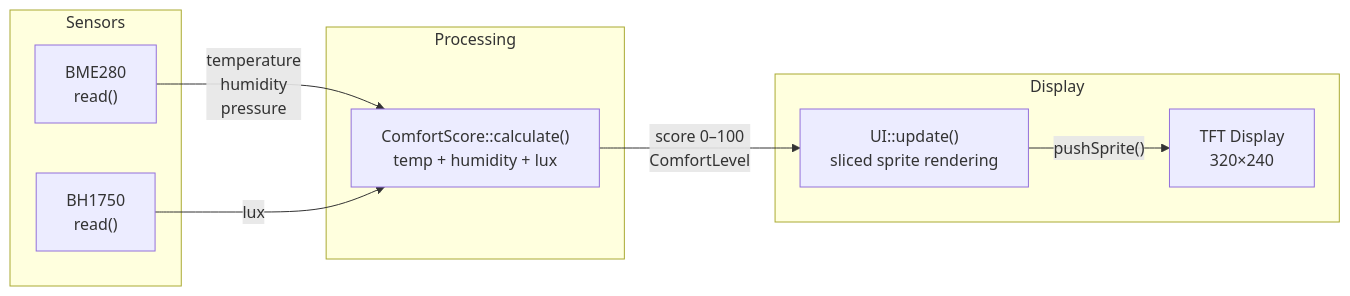
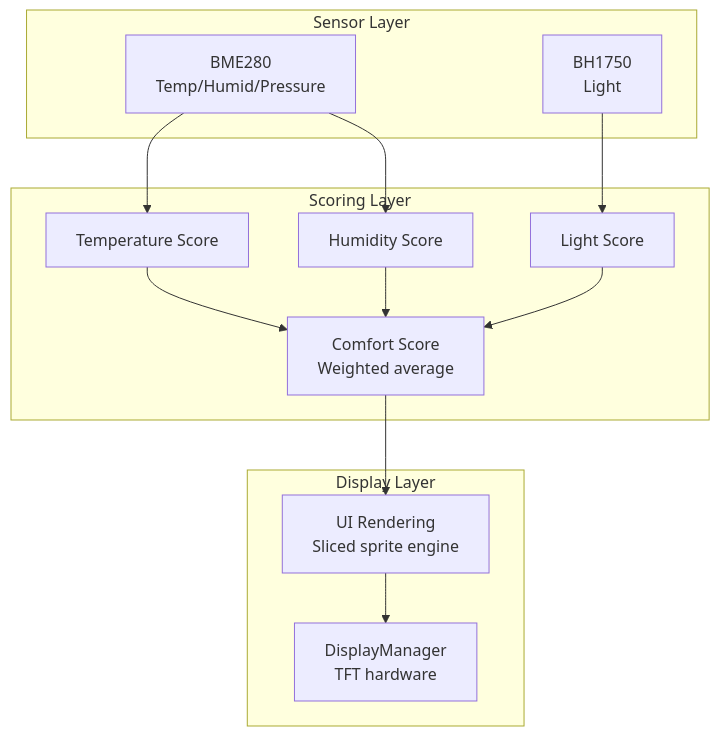
Before and after one commit to ken47-1/Smart-Classroom-Monitor: the first of 5 diagrams in Smart-Classroom-Monitor_ARCHITECTURE.md, drawn with Mermaid. The commit also changed other lines of this file and 2 other files, not shown here.

````diff
--- a/Smart-Classroom-Monitor_ARCHITECTURE.md
+++ b/Smart-Classroom-Monitor_ARCHITECTURE.md
@@ -140,21 +57,28 @@
 ```mermaid
-flowchart LR
-    subgraph Sensors["Sensors"]
-        BME280["BME280<br>read()"]
-        BH1750["BH1750<br>read()"]
+graph TB
+    subgraph Sensors["Sensor Layer"]
+        BME[BME280<br>Temp/Humid/Pressure]
+        BH[BH1750<br>Light]
     end
 
-    subgraph Processing["Processing"]
-        Comfort["ComfortScore::calculate()<br>temp + humidity + lux"]
+    subgraph Scoring["Scoring Layer"]
+        TS[Temperature Score]
+        HS[Humidity Score]
+        LS[Light Score]
+        CS[Comfort Score<br>Weighted average]
     end
 
-    subgraph Display["Display"]
-        UI["UI::update()<br>sliced sprite rendering"]
-        TFT["TFT Display<br>320×240"]
+    subgraph Display["Display Layer"]
+        UI[UI Rendering<br>Sliced sprite engine]
+        DM[DisplayManager<br>TFT hardware]
     end
 
-    BME280 -->|temperature<br>humidity<br>pressure| Comfort
-    BH1750 -->|lux| Comfort
-    Comfort -->|score 0–100<br>ComfortLevel| UI
-    UI -->|"pushSprite()"| TFT
+    BME --> TS
+    BME --> HS
+    BH --> LS
+    TS --> CS
+    HS --> CS
+    LS --> CS
+    CS --> UI
+    UI --> DM
 ```
````
